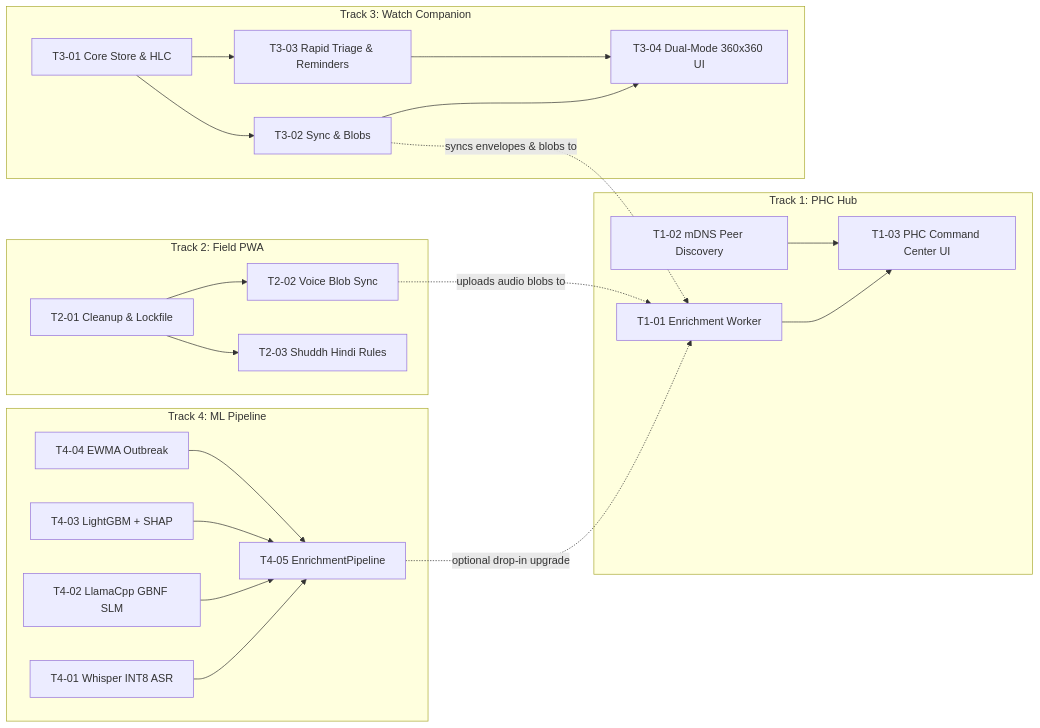
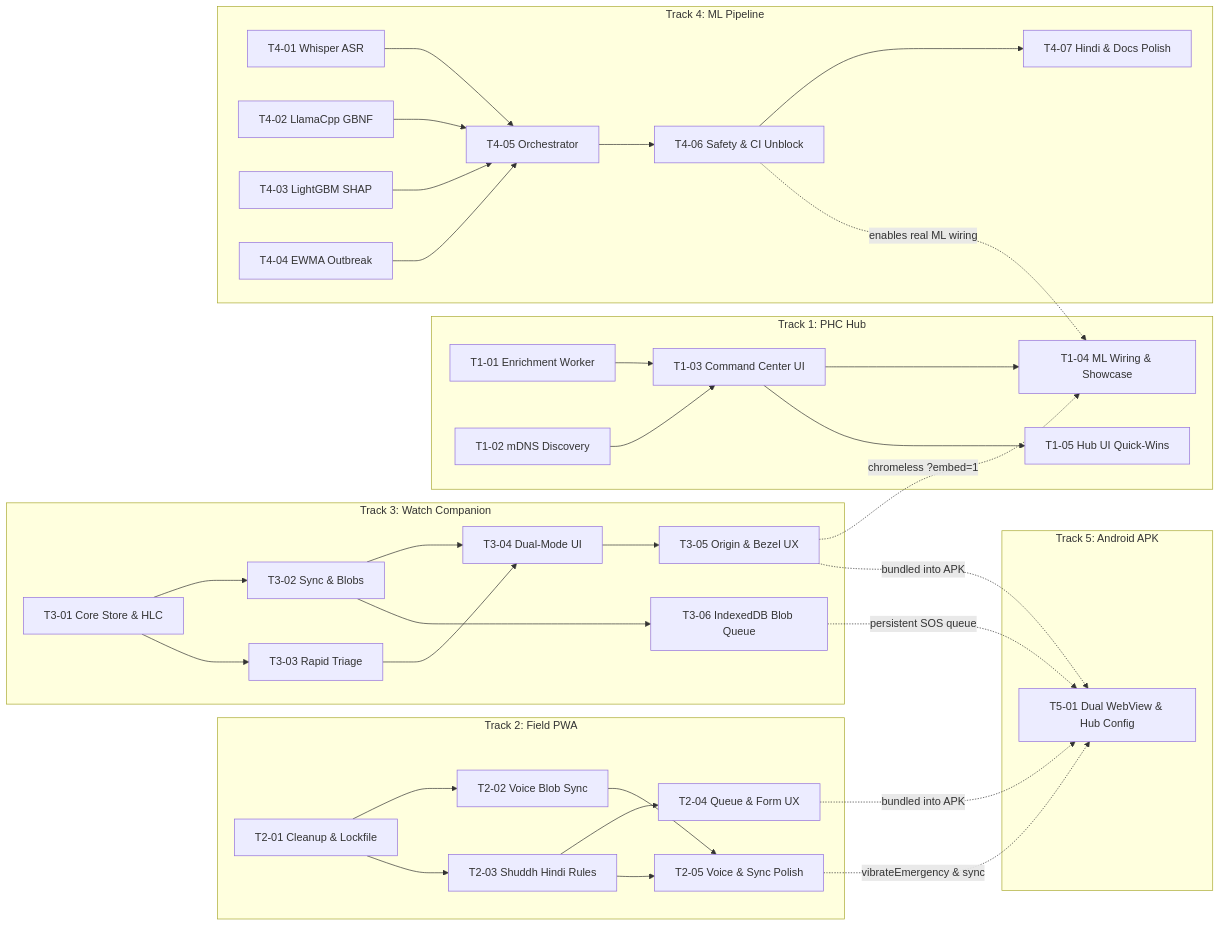
One commit to Gauthampro7/aarogya-mesh changed the diagram in prompts/README.md. Above: the diagram before and after it, drawn with Mermaid. The commit also changed other lines of this file and 10 other files, not shown here.

````diff
--- a/prompts/README.md
+++ b/prompts/README.md
@@ -59,45 +72,69 @@
 ```mermaid
 flowchart LR
     subgraph T1["Track 1: PHC Hub"]
         T1_01["T1-01 Enrichment Worker"]
-        T1_02["T1-02 mDNS Peer Discovery"]
-        T1_03["T1-03 PHC Command Center UI"]
+        T1_02["T1-02 mDNS Discovery"]
+        T1_03["T1-03 Command Center UI"]
+        T1_04["T1-04 ML Wiring & Showcase"]
+        T1_05["T1-05 Hub UI Quick-Wins"]
         T1_01 --> T1_03
         T1_02 --> T1_03
+        T1_03 --> T1_04
+        T1_03 --> T1_05
     end
 
     subgraph T2["Track 2: Field PWA"]
         T2_01["T2-01 Cleanup & Lockfile"]
         T2_02["T2-02 Voice Blob Sync"]
         T2_03["T2-03 Shuddh Hindi Rules"]
+        T2_04["T2-04 Queue & Form UX"]
+        T2_05["T2-05 Voice & Sync Polish"]
         T2_01 --> T2_02
         T2_01 --> T2_03
+        T2_03 --> T2_04
+        T2_02 --> T2_05
+        T2_03 --> T2_05
     end
 
     subgraph T3["Track 3: Watch Companion"]
         T3_01["T3-01 Core Store & HLC"]
         T3_02["T3-02 Sync & Blobs"]
-        T3_03["T3-03 Rapid Triage & Reminders"]
-        T3_04["T3-04 Dual-Mode 360x360 UI"]
+        T3_03["T3-03 Rapid Triage"]
+        T3_04["T3-04 Dual-Mode UI"]
+        T3_05["T3-05 Origin & Bezel UX"]
+        T3_06["T3-06 IndexedDB Blob Queue"]
         T3_01 --> T3_02
         T3_01 --> T3_03
         T3_02 --> T3_04
         T3_03 --> T3_04
+        T3_04 --> T3_05
+        T3_02 --> T3_06
     end
 
     subgraph T4["Track 4: ML Pipeline"]
-        T4_01["T4-01 Whisper INT8 ASR"]
-        T4_02["T4-02 LlamaCpp GBNF SLM"]
-        T4_03["T4-03 LightGBM + SHAP"]
+        T4_01["T4-01 Whisper ASR"]
+        T4_02["T4-02 LlamaCpp GBNF"]
+        T4_03["T4-03 LightGBM SHAP"]
         T4_04["T4-04 EWMA Outbreak"]
-        T4_05["T4-05 EnrichmentPipeline"]
+        T4_05["T4-05 Orchestrator"]
+        T4_06["T4-06 Safety & CI Unblock"]
+        T4_07["T4-07 Hindi & Docs Polish"]
         T4_01 --> T4_05
         T4_02 --> T4_05
         T4_03 --> T4_05
         T4_04 --> T4_05
+        T4_05 --> T4_06
+        T4_06 --> T4_07
     end
 
-    T4_05 -. "optional drop-in upgrade" .-> T1_01
-    T2_02 -. "uploads audio blobs to" .-> T1_01
-    T3_02 -. "syncs envelopes & blobs to" .-> T1_01
+    subgraph T5["Track 5: Android APK"]
+        T5_01["T5-01 Dual WebView & Hub Config"]
+    end
+
+    T4_06 -. "enables real ML wiring" .-> T1_04
+    T3_05 -. "chromeless ?embed=1" .-> T1_04
+    T2_04 -. "bundled into APK" .-> T5_01
+    T2_05 -. "vibrateEmergency & sync" .-> T5_01
+    T3_05 -. "bundled into APK" .-> T5_01
+    T3_06 -. "persistent SOS queue" .-> T5_01
 ```
````
